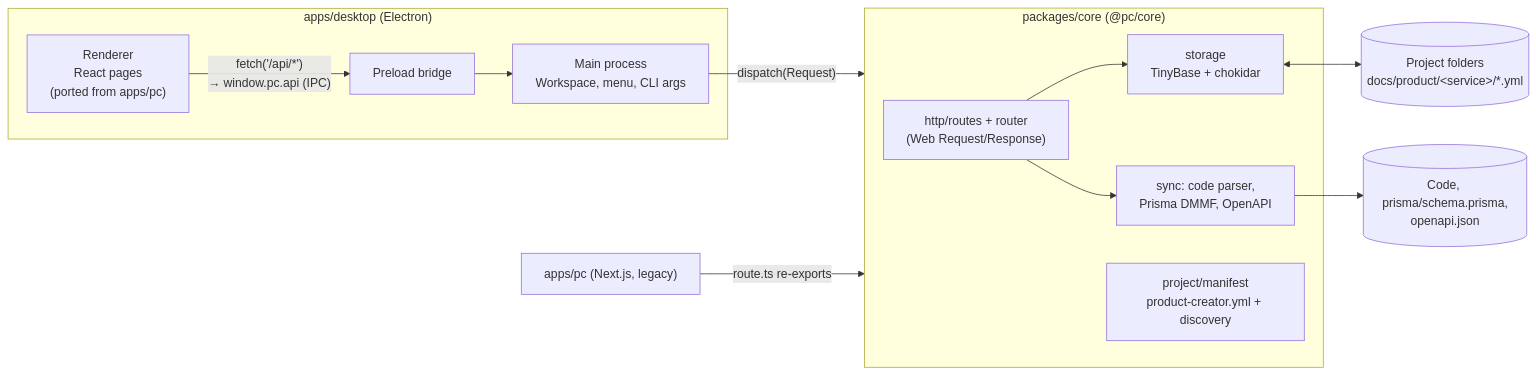
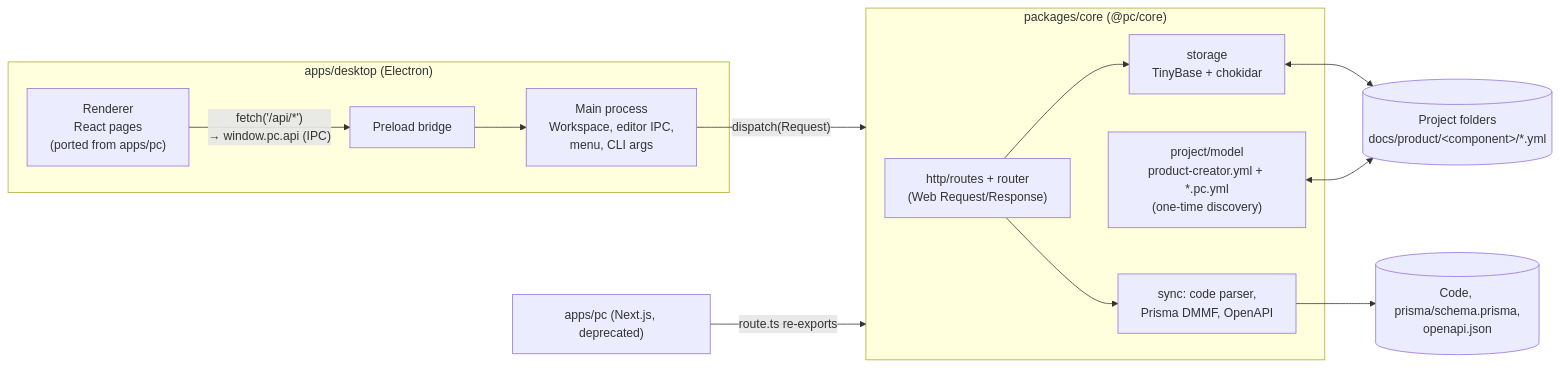
One commit to atai/product-creator changed the diagram in docs/source/developer-guide/architecture.rst. Above: the diagram before and after it, drawn with Mermaid. The commit also changed other lines of this file and 14 other files, not shown here.

```diff
--- a/docs/source/developer-guide/architecture.rst
+++ b/docs/source/developer-guide/architecture.rst
@@ -7,16 +7,17 @@
 .. mermaid::
 
    flowchart LR
      subgraph Desktop["apps/desktop (Electron)"]
        R["Renderer<br/>React pages<br/>(ported from apps/pc)"] -- "fetch('/api/*')<br/>→ window.pc.api (IPC)" --> P[Preload bridge]
-       P --> M["Main process<br/>Workspace, menu, CLI args"]
+       P --> M["Main process<br/>Workspace, editor IPC,<br/>menu, CLI args"]
      end
      M -- "dispatch(Request)" --> C
-     W["apps/pc (Next.js, legacy)"] -- "route.ts re-exports" --> C
+     W["apps/pc (Next.js, deprecated)"] -- "route.ts re-exports" --> C
      subgraph C["packages/core (@pc/core)"]
        H["http/routes + router<br/>(Web Request/Response)"] --> S["storage<br/>TinyBase + chokidar"]
        H --> Y["sync: code parser,<br/>Prisma DMMF, OpenAPI"]
-       PM["project/manifest<br/>product-creator.yml + discovery"]
+       PM["project/model<br/>product-creator.yml + *.pc.yml<br/>(one-time discovery)"]
      end
-     S <--> F[("Project folders<br/>docs/product/&lt;service&gt;/*.yml")]
+     S <--> F[("Project folders<br/>docs/product/&lt;component&gt;/*.yml")]
+     PM <--> F
      Y --> SRC[("Code, prisma/schema.prisma,<br/>openapi.json")]
```
